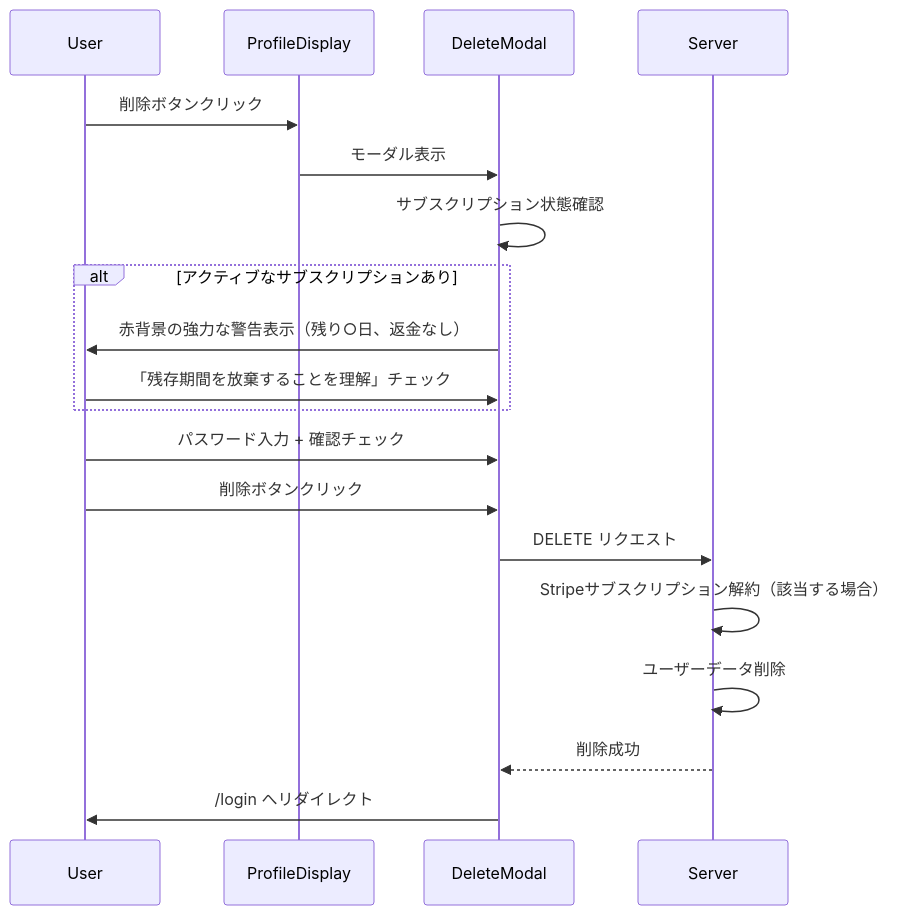
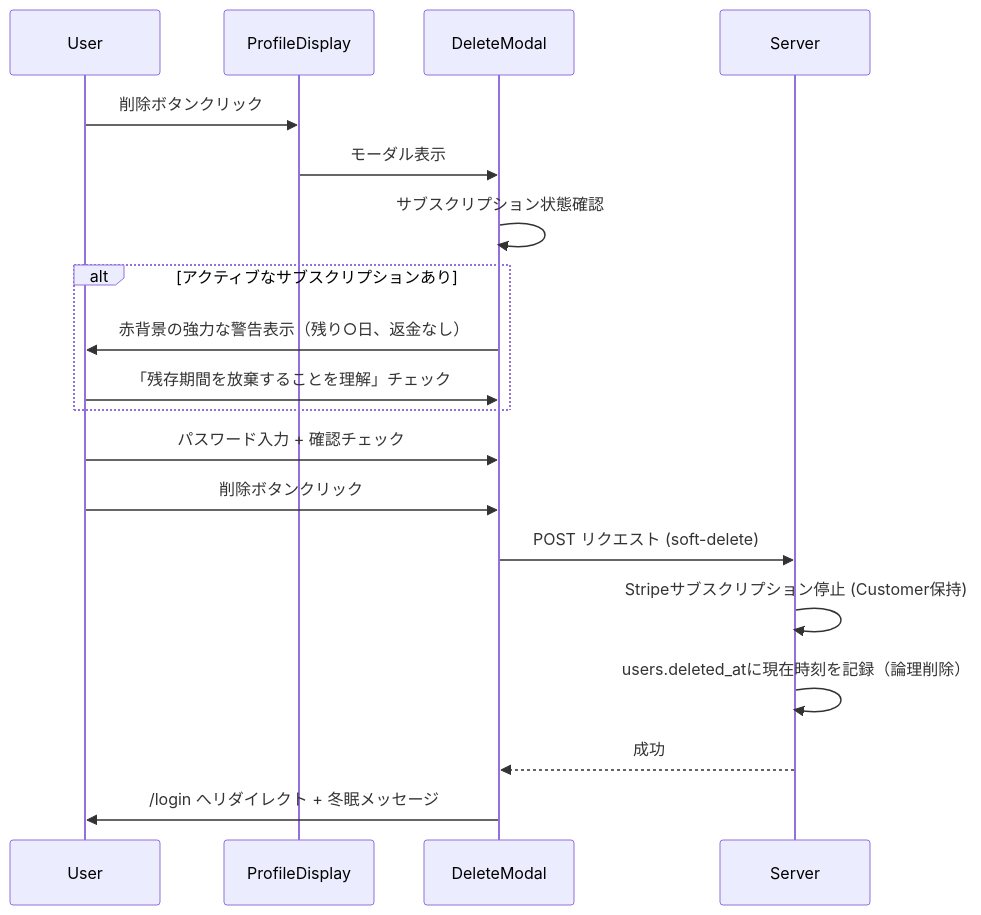
One commit to tezuka-Akihiro/ClaudeMix changed the seventh of 7 diagrams in develop/account/profile/uiux-spec.md. Above: the diagram before and after it, drawn with Mermaid. The commit also changed other lines of this file and 72 other files, not shown here.

````diff
--- a/develop/account/profile/uiux-spec.md
+++ b/develop/account/profile/uiux-spec.md
@@ -462,22 +462,22 @@
 ```mermaid
 sequenceDiagram
     participant User
     participant ProfileDisplay
     participant DeleteModal
     participant Server
 
     User->>ProfileDisplay: 削除ボタンクリック
     ProfileDisplay->>DeleteModal: モーダル表示
     DeleteModal->>DeleteModal: サブスクリプション状態確認
     alt アクティブなサブスクリプションあり
         DeleteModal->>User: 赤背景の強力な警告表示（残り○日、返金なし）
         User->>DeleteModal: 「残存期間を放棄することを理解」チェック
     end
     User->>DeleteModal: パスワード入力 + 確認チェック
     User->>DeleteModal: 削除ボタンクリック
-    DeleteModal->>Server: DELETE リクエスト
-    Server->>Server: Stripeサブスクリプション解約（該当する場合）
-    Server->>Server: ユーザーデータ削除
-    Server-->>DeleteModal: 削除成功
-    DeleteModal->>User: /login へリダイレクト
+    DeleteModal->>Server: POST リクエスト (soft-delete)
+    Server->>Server: Stripeサブスクリプション停止 (Customer保持)
+    Server->>Server: users.deleted_atに現在時刻を記録（論理削除）
+    Server-->>DeleteModal: 成功
+    DeleteModal->>User: /login へリダイレクト + 冬眠メッセージ
 ```
````
